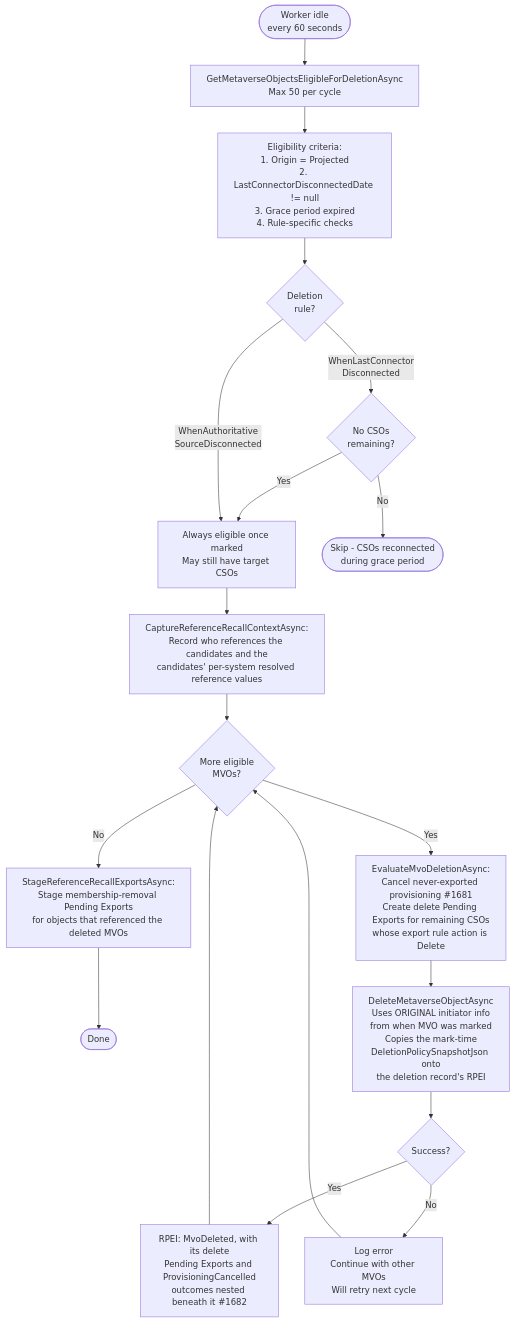
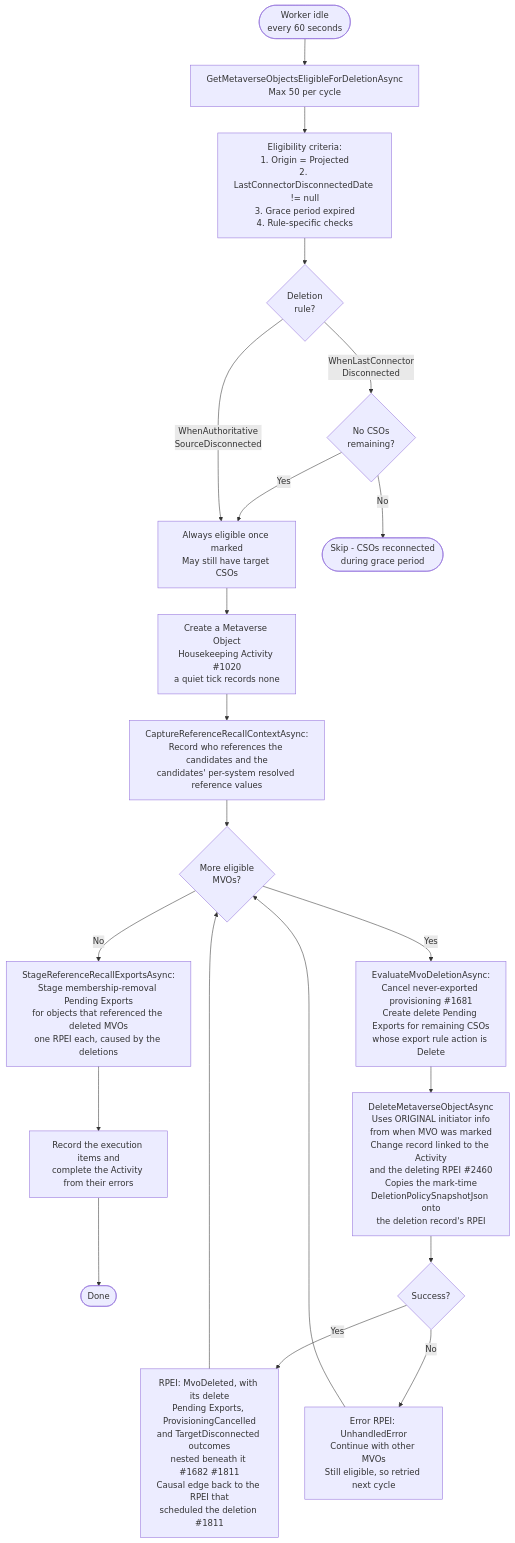
One commit to TetronIO/JIM changed the sixth of 7 diagrams in engineering/developer/diagrams/MVO_DELETION_AND_GRACE_PERIOD.md. Above: the diagram before and after it, drawn with Mermaid. The commit also changed other lines of this file and 39 other files, not shown here.

````diff
--- a/engineering/developer/diagrams/MVO_DELETION_AND_GRACE_PERIOD.md
+++ b/engineering/developer/diagrams/MVO_DELETION_AND_GRACE_PERIOD.md
@@ -155,26 +157,28 @@
 ```mermaid
 flowchart TD
     Idle([Worker idle<br/>every 60 seconds]) --> Query[GetMetaverseObjectsEligibleForDeletionAsync<br/>Max 50 per cycle]
 
     Query --> Criteria[Eligibility criteria:<br/>1. Origin = Projected<br/>2. LastConnectorDisconnectedDate != null<br/>3. Grace period expired<br/>4. Rule-specific checks]
     Criteria --> RuleCheck{Deletion<br/>rule?}
 
     RuleCheck -->|WhenLastConnector<br/>Disconnected| NoCSOs{No CSOs<br/>remaining?}
     NoCSOs -->|Yes| Eligible
     NoCSOs -->|No| NotEligible([Skip - CSOs reconnected<br/>during grace period])
 
     RuleCheck -->|WhenAuthoritative<br/>SourceDisconnected| Eligible[Always eligible once marked<br/>May still have target CSOs]
 
-    Eligible --> Capture[CaptureReferenceRecallContextAsync:<br/>Record who references the candidates and the<br/>candidates' per-system resolved reference values]
+    Eligible --> CreateActivity[Create a Metaverse Object<br/>Housekeeping Activity #1020<br/>a quiet tick records none]
+    CreateActivity --> Capture[CaptureReferenceRecallContextAsync:<br/>Record who references the candidates and the<br/>candidates' per-system resolved reference values]
     Capture --> Loop{More eligible<br/>MVOs?}
-    Loop -->|No| Recall[StageReferenceRecallExportsAsync:<br/>Stage membership-removal Pending Exports<br/>for objects that referenced the deleted MVOs]
-    Recall --> Done([Done])
+    Loop -->|No| Recall[StageReferenceRecallExportsAsync:<br/>Stage membership-removal Pending Exports<br/>for objects that referenced the deleted MVOs<br/>one RPEI each, caused by the deletions]
+    Recall --> Complete[Record the execution items and<br/>complete the Activity from their errors]
+    Complete --> Done([Done])
 
     Loop -->|Yes| EvalExports[EvaluateMvoDeletionAsync:<br/>Cancel never-exported provisioning #1681<br/>Create delete Pending Exports for remaining CSOs<br/>whose export rule action is Delete]
-    EvalExports --> DeleteMVO[DeleteMetaverseObjectAsync<br/>Uses ORIGINAL initiator info<br/>from when MVO was marked<br/>Copies the mark-time<br/>DeletionPolicySnapshotJson onto<br/>the deletion record's RPEI]
+    EvalExports --> DeleteMVO[DeleteMetaverseObjectAsync<br/>Uses ORIGINAL initiator info<br/>from when MVO was marked<br/>Change record linked to the Activity<br/>and the deleting RPEI #2460<br/>Copies the mark-time<br/>DeletionPolicySnapshotJson onto<br/>the deletion record's RPEI]
     DeleteMVO --> Result{Success?}
-    Result -->|Yes| RecordItem[RPEI: MvoDeleted, with its delete<br/>Pending Exports and ProvisioningCancelled<br/>outcomes nested beneath it #1682]
+    Result -->|Yes| RecordItem[RPEI: MvoDeleted, with its delete<br/>Pending Exports, ProvisioningCancelled<br/>and TargetDisconnected outcomes<br/>nested beneath it #1682 #1811<br/>Causal edge back to the RPEI that<br/>scheduled the deletion #1811]
     RecordItem --> Loop
-    Result -->|No| LogError[Log error<br/>Continue with other MVOs<br/>Will retry next cycle]
+    Result -->|No| LogError[Error RPEI: UnhandledError<br/>Continue with other MVOs<br/>Still eligible, so retried next cycle]
     LogError --> Loop
 ```
````
